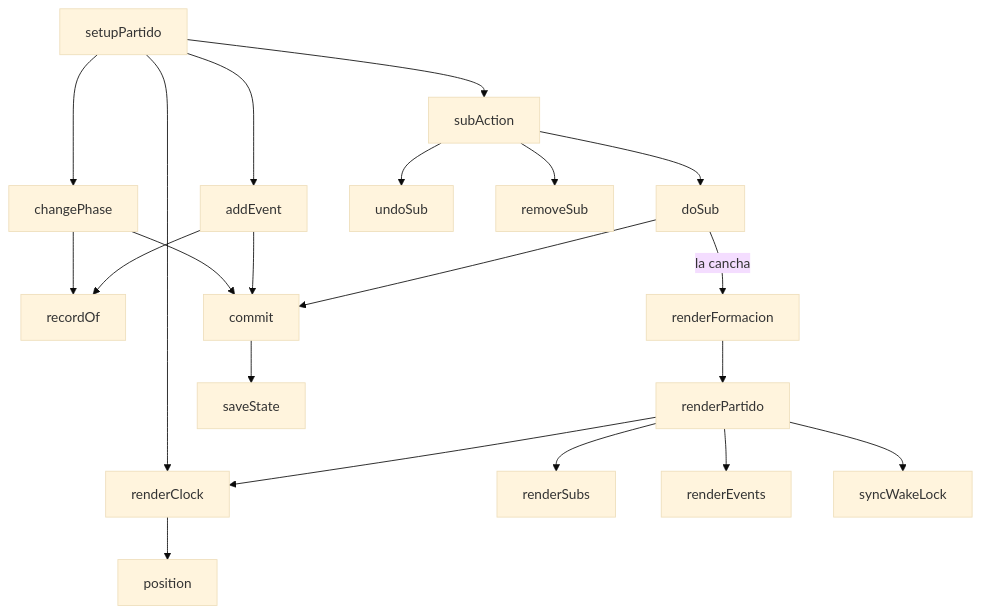
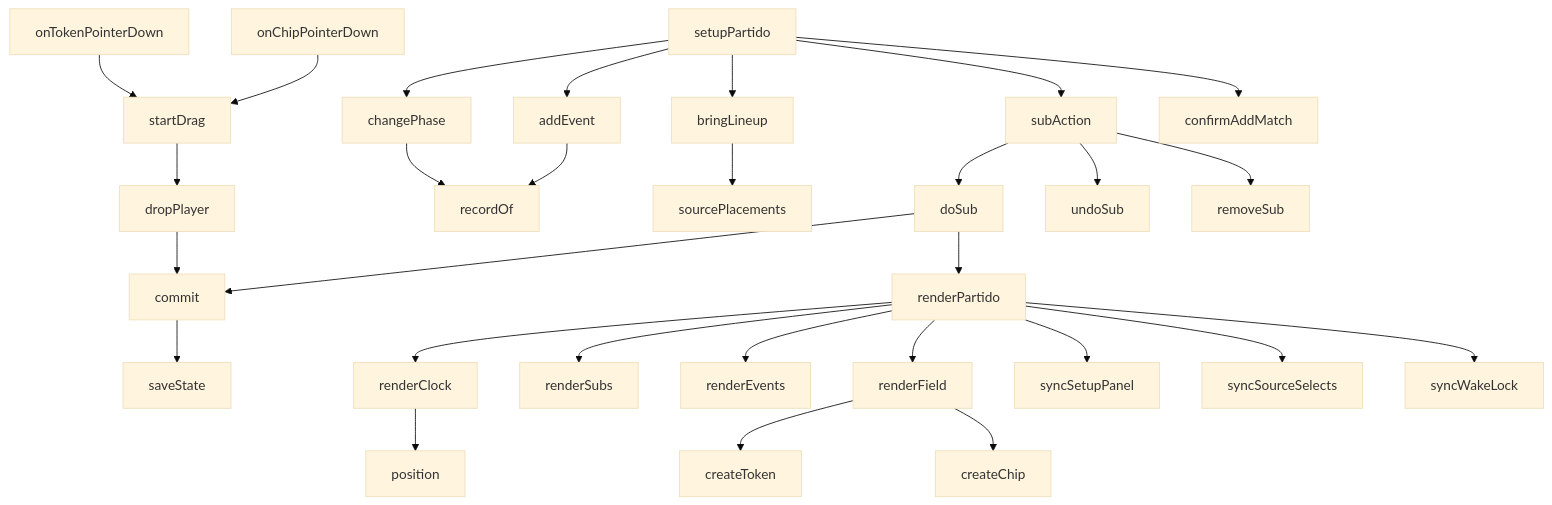
One commit to Lechuza22/DtCommander changed the diagram in codemap/js/partido.md. Above: the diagram before and after it, drawn with Mermaid (base theme). The commit also changed other lines of this file, not shown here.

Commit message:
Solapa Partido con cancha propia (copia de la alineación de Formación o de una táctica) y navegación en tres grupos: Equipo / Planificar / Partido

````diff
--- a/codemap/js/partido.md
+++ b/codemap/js/partido.md
@@ -48,22 +61,29 @@
 ```mermaid
 flowchart TD
     setupPartido --> changePhase
     setupPartido --> addEvent
+    setupPartido --> bringLineup --> sourcePlacements
     setupPartido --> subAction --> doSub
     subAction --> undoSub
     subAction --> removeSub
-    setupPartido --> renderClock
+    setupPartido --> confirmAddMatch
+
+    onTokenPointerDown --> startDrag --> dropPlayer
+    onChipPointerDown --> startDrag
+    dropPlayer --> commit
 
     changePhase --> recordOf
     addEvent --> recordOf
-    doSub -->|"la cancha"| renderFormacion --> renderPartido
-    changePhase --> commit
-    addEvent --> commit
     doSub --> commit --> saveState
+    doSub --> renderPartido
 
     renderPartido --> renderClock
     renderPartido --> renderSubs
     renderPartido --> renderEvents
+    renderPartido --> renderField --> createToken
+    renderField --> createChip
+    renderPartido --> syncSetupPanel
+    renderPartido --> syncSourceSelects
     renderPartido --> syncWakeLock
     renderClock --> position
 ```
````
